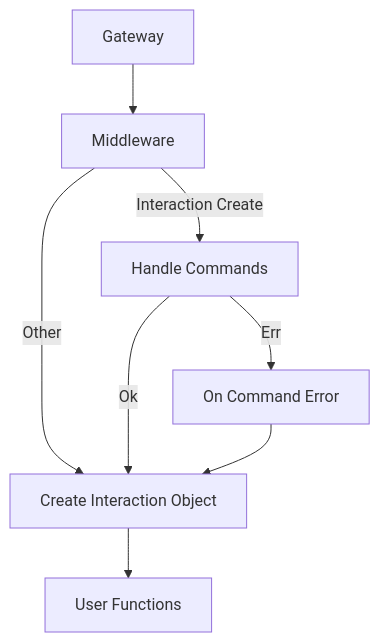
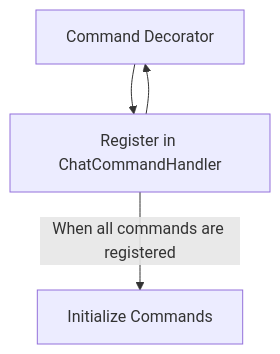
One commit to Pincer-org/Pincer changed the diagram in docs/mermaid/gateway.mmd. Above: the diagram before and after it, drawn with Mermaid. The commit also changed 4 other files, not shown here.

Commit message:
:memo: commands diagram

```diff
--- a/docs/mermaid/gateway.mmd
+++ b/docs/mermaid/gateway.mmd
@@ -1,12 +1,5 @@
 flowchart TD
 
-A[Gateway] --> B[Middleware]
-
-B -->|Interaction Create| C[Handle Commands]
-B -->|Other| E
-
-C --> |Err| D[On Command Error]
-C --> |Ok| E
-D --> E
-
-E[Create Interaction Object] --> F[User Functions]
+A[Command Decorator] --> B[Register in ChatCommandHandler]
+B --> A
+B -->|When all commands are registered| C[Initialize Commands]
```
